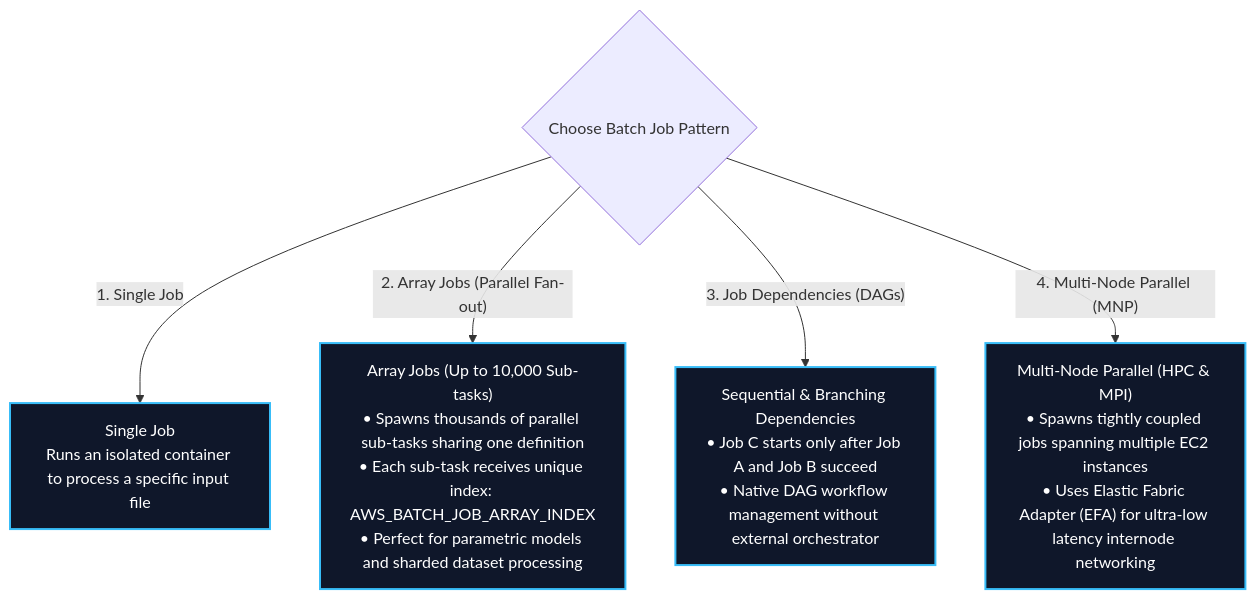
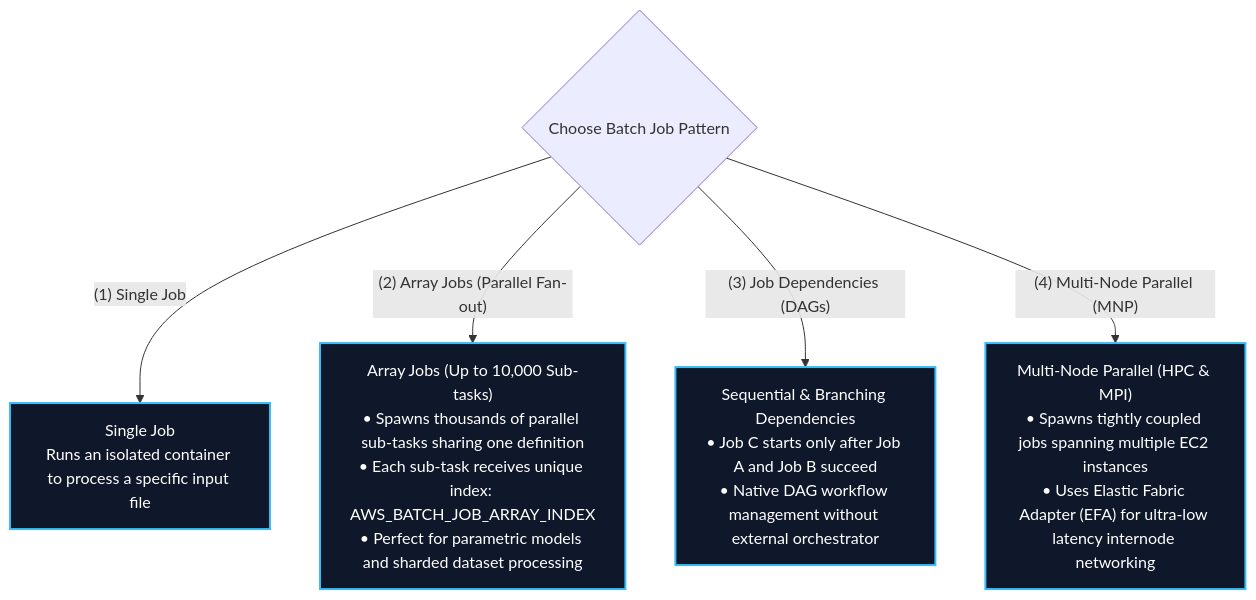
Before and after one commit to Wathon/aws-dea-c01-note: the third of 5 diagrams in content/02-services/compute-containers/batch.md, drawn with Mermaid. The commit also changed other lines of this file and 19 other files, not shown here.

Commit message:
fix(mermaid): resolve 'Unsupported markdown: list' rendering issues across all diagram node and edge labels

````diff
--- a/content/02-services/compute-containers/batch.md
+++ b/content/02-services/compute-containers/batch.md
@@ -144,15 +144,15 @@
 ```mermaid
 graph TD
     JobPatterns{Choose Batch Job Pattern}
 
-    JobPatterns -->|"1. Single Job"| Single["Single Job<br/>Runs an isolated container to process a specific input file"]
+    JobPatterns -->|"(1) Single Job"| Single["Single Job<br/>Runs an isolated container to process a specific input file"]
     
-    JobPatterns -->|"2. Array Jobs (Parallel Fan-out)"| Array["Array Jobs (Up to 10,000 Sub-tasks)<br/>• Spawns thousands of parallel sub-tasks sharing one definition<br/>• Each sub-task receives unique index: AWS_BATCH_JOB_ARRAY_INDEX<br/>• Perfect for parametric models and sharded dataset processing"]
+    JobPatterns -->|"(2) Array Jobs (Parallel Fan-out)"| Array["Array Jobs (Up to 10,000 Sub-tasks)<br/>• Spawns thousands of parallel sub-tasks sharing one definition<br/>• Each sub-task receives unique index: AWS_BATCH_JOB_ARRAY_INDEX<br/>• Perfect for parametric models and sharded dataset processing"]
 
-    JobPatterns -->|"3. Job Dependencies (DAGs)"| Dep["Sequential & Branching Dependencies<br/>• Job C starts only after Job A and Job B succeed<br/>• Native DAG workflow management without external orchestrator"]
+    JobPatterns -->|"(3) Job Dependencies (DAGs)"| Dep["Sequential & Branching Dependencies<br/>• Job C starts only after Job A and Job B succeed<br/>• Native DAG workflow management without external orchestrator"]
 
-    JobPatterns -->|"4. Multi-Node Parallel (MNP)"| MNP["Multi-Node Parallel (HPC & MPI)<br/>• Spawns tightly coupled jobs spanning multiple EC2 instances<br/>• Uses Elastic Fabric Adapter (EFA) for ultra-low latency internode networking"]
+    JobPatterns -->|"(4) Multi-Node Parallel (MNP)"| MNP["Multi-Node Parallel (HPC & MPI)<br/>• Spawns tightly coupled jobs spanning multiple EC2 instances<br/>• Uses Elastic Fabric Adapter (EFA) for ultra-low latency internode networking"]
 
     classDef pat fill:#0f172a,stroke:#38bdf8,stroke-width:2px,color:#fff;
     class Single,Array,Dep,MNP pat;
 ```
````
